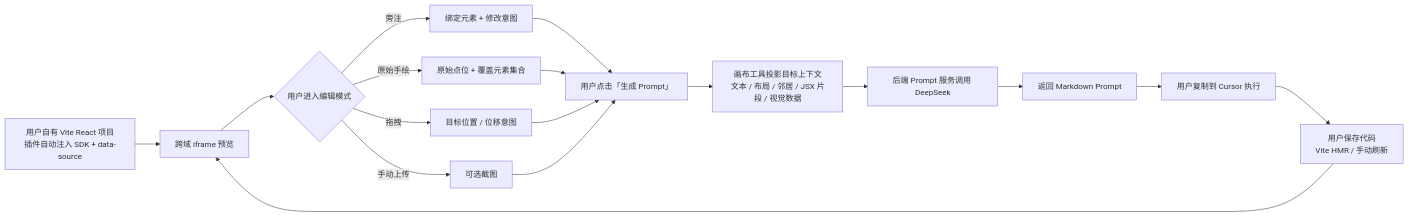
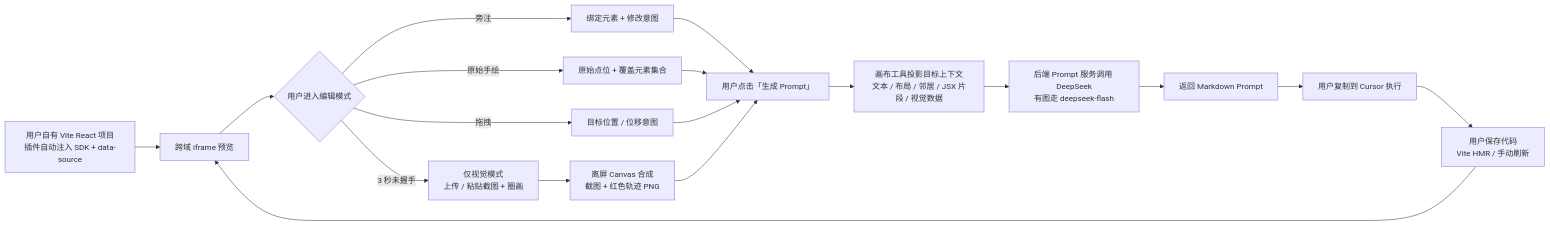
The diagram in docs/memory/00_project_brief.md (Cai199999/vibe-app), drawn with Mermaid before and after one commit. The commit also changed other lines of this file and 28 other files, not shown here.

Commit message:
feat: 支持仅视觉模式截图合成与多模态 Prompt

````diff
--- a/docs/memory/00_project_brief.md
+++ b/docs/memory/00_project_brief.md
@@ -75,19 +75,20 @@
 ```mermaid
 flowchart LR
     A["用户自有 Vite React 项目<br/>插件自动注入 SDK + data-source"] --> B["跨域 iframe 预览"]
     B --> C{"用户进入编辑模式"}
     C -->|旁注| D["绑定元素 + 修改意图"]
     C -->|原始手绘| E["原始点位 + 覆盖元素集合"]
     C -->|拖拽| F["目标位置 / 位移意图"]
-    C -->|手动上传| G0["可选截图"]
+    C -->|3 秒未握手| V["仅视觉模式<br/>上传 / 粘贴截图 + 圈画"]
+    V --> G0["离屏 Canvas 合成<br/>截图 + 红色轨迹 PNG"]
     D --> G["用户点击「生成 Prompt」"]
     E --> G
     F --> G
     G0 --> G
     G --> H["画布工具投影目标上下文<br/>文本 / 布局 / 邻居 / JSX 片段 / 视觉数据"]
-    H --> I["后端 Prompt 服务调用 DeepSeek"]
+    H --> I["后端 Prompt 服务调用 DeepSeek<br/>有图走 deepseek-flash"]
     I --> J["返回 Markdown Prompt"]
     J --> K["用户复制到 Cursor 执行"]
     K --> L["用户保存代码<br/>Vite HMR / 手动刷新"]
     L --> B
 ```
````
